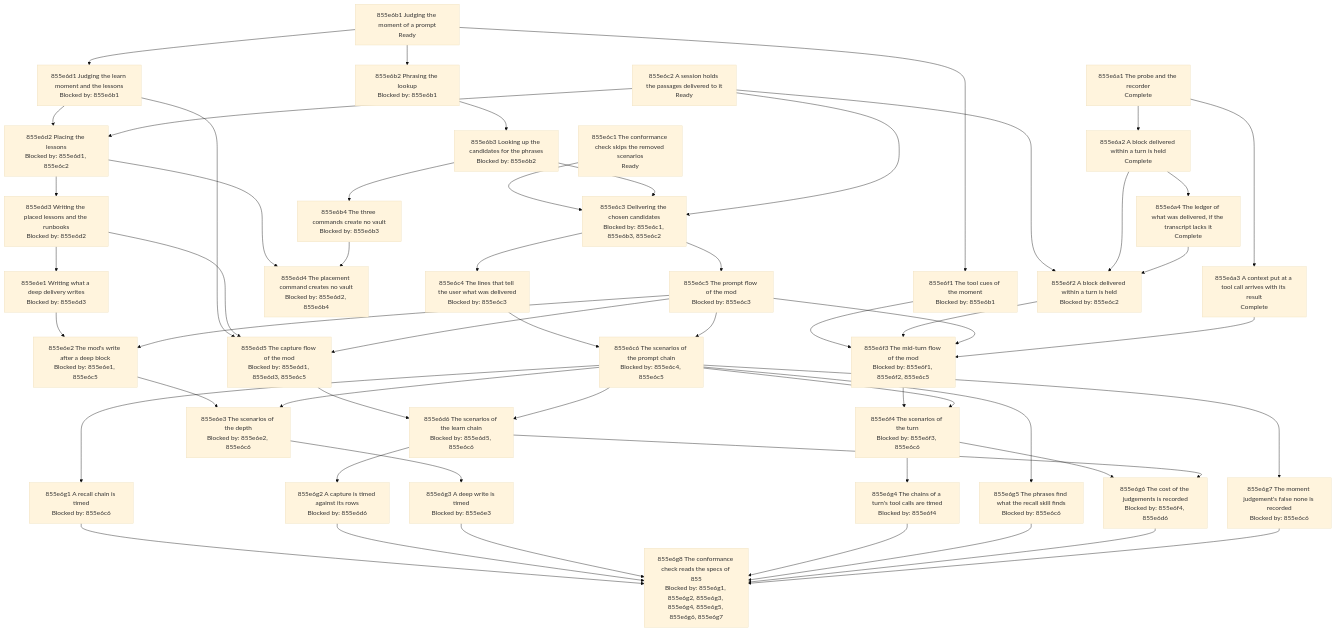
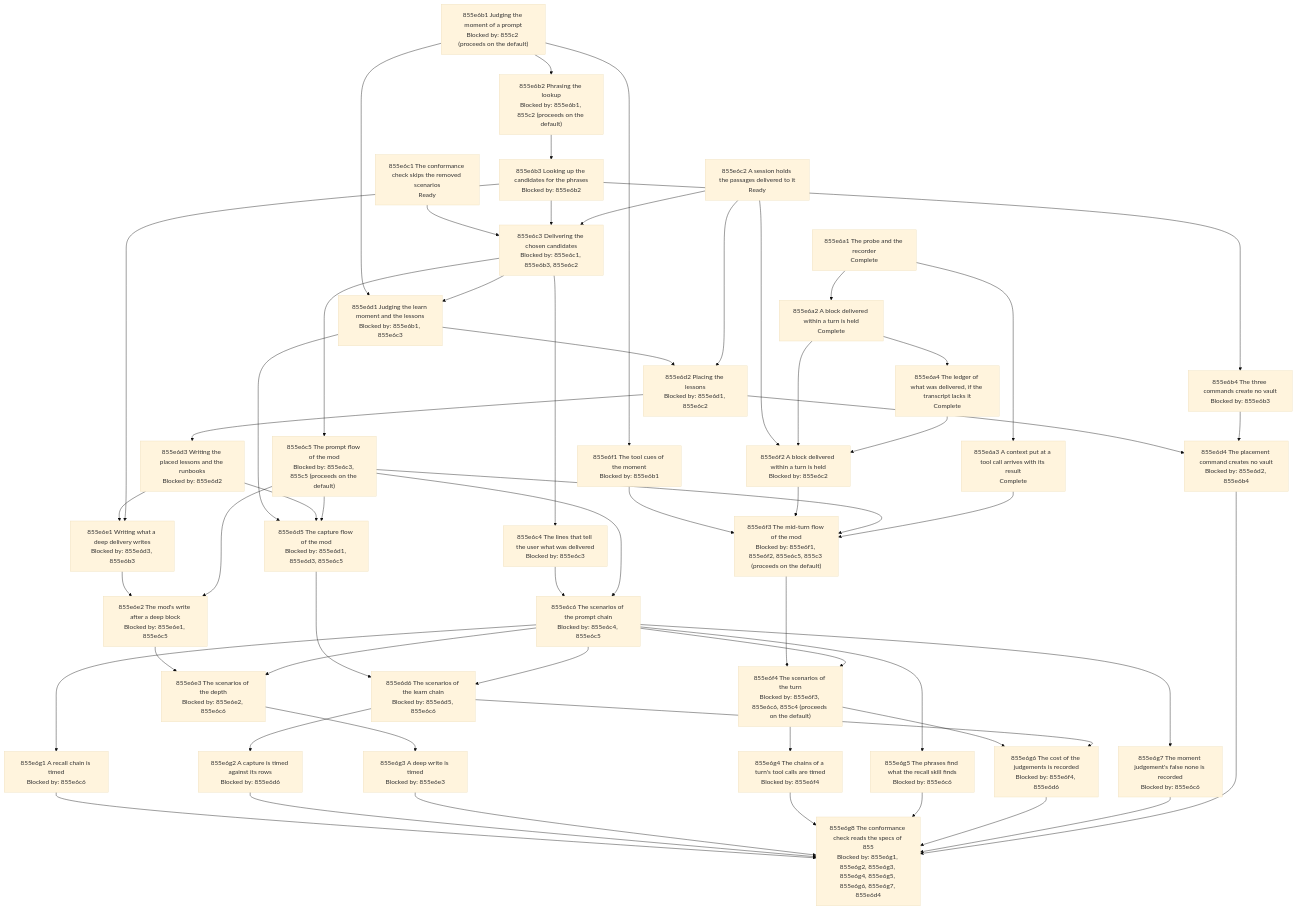
The diagram in docs/changes/855_judged-automatic-memory/855e_implementation-plan.md (toejough/engram), drawn with Mermaid (base theme) before and after one commit. The commit also changed other lines of this file, not shown here.

First line of the commit message:
docs(855e): the graph reaches the final check from every node, open questions with defaults mark their nodes, the measurement sentence is stated once, the gates admit Refuted and Not needed rows and name the conformance re-pointing, the process rules point to 855f2 and 855b49

````diff
--- a/docs/changes/855_judged-automatic-memory/855e_implementation-plan.md
+++ b/docs/changes/855_judged-automatic-memory/855e_implementation-plan.md
@@ -57,29 +57,29 @@
     n855e6a2["855e6a2 A block delivered within a turn is held<br/>Complete"]
     n855e6a3["855e6a3 A context put at a tool call arrives with its result<br/>Complete"]
     n855e6a4["855e6a4 The ledger of what was delivered, if the transcript lacks it<br/>Complete"]
-    n855e6b1["855e6b1 Judging the moment of a prompt<br/>Ready"]
-    n855e6b2["855e6b2 Phrasing the lookup<br/>Blocked by: 855e6b1"]
+    n855e6b1["855e6b1 Judging the moment of a prompt<br/>Blocked by: 855c2 (proceeds on the default)"]
+    n855e6b2["855e6b2 Phrasing the lookup<br/>Blocked by: 855e6b1, 855c2 (proceeds on the default)"]
     n855e6b3["855e6b3 Looking up the candidates for the phrases<br/>Blocked by: 855e6b2"]
     n855e6b4["855e6b4 The three commands create no vault<br/>Blocked by: 855e6b3"]
     n855e6c1["855e6c1 The conformance check skips the removed scenarios<br/>Ready"]
     n855e6c2["855e6c2 A session holds the passages delivered to it<br/>Ready"]
     n855e6c3["855e6c3 Delivering the chosen candidates<br/>Blocked by: 855e6c1, 855e6b3, 855e6c2"]
     n855e6c4["855e6c4 The lines that tell the user what was delivered<br/>Blocked by: 855e6c3"]
-    n855e6c5["855e6c5 The prompt flow of the mod<br/>Blocked by: 855e6c3"]
+    n855e6c5["855e6c5 The prompt flow of the mod<br/>Blocked by: 855e6c3, 855c5 (proceeds on the default)"]
     n855e6c6["855e6c6 The scenarios of the prompt chain<br/>Blocked by: 855e6c4, 855e6c5"]
-    n855e6d1["855e6d1 Judging the learn moment and the lessons<br/>Blocked by: 855e6b1"]
+    n855e6d1["855e6d1 Judging the learn moment and the lessons<br/>Blocked by: 855e6b1, 855e6c3"]
     n855e6d2["855e6d2 Placing the lessons<br/>Blocked by: 855e6d1, 855e6c2"]
     n855e6d3["855e6d3 Writing the placed lessons and the runbooks<br/>Blocked by: 855e6d2"]
     n855e6d4["855e6d4 The placement command creates no vault<br/>Blocked by: 855e6d2, 855e6b4"]
     n855e6d5["855e6d5 The capture flow of the mod<br/>Blocked by: 855e6d1, 855e6d3, 855e6c5"]
     n855e6d6["855e6d6 The scenarios of the learn chain<br/>Blocked by: 855e6d5, 855e6c6"]
-    n855e6e1["855e6e1 Writing what a deep delivery writes<br/>Blocked by: 855e6d3"]
+    n855e6e1["855e6e1 Writing what a deep delivery writes<br/>Blocked by: 855e6d3, 855e6b3"]
     n855e6e2["855e6e2 The mod's write after a deep block<br/>Blocked by: 855e6e1, 855e6c5"]
     n855e6e3["855e6e3 The scenarios of the depth<br/>Blocked by: 855e6e2, 855e6c6"]
     n855e6f1["855e6f1 The tool cues of the moment<br/>Blocked by: 855e6b1"]
     n855e6f2["855e6f2 A block delivered within a turn is held<br/>Blocked by: 855e6c2"]
-    n855e6f3["855e6f3 The mid-turn flow of the mod<br/>Blocked by: 855e6f1, 855e6f2, 855e6c5"]
-    n855e6f4["855e6f4 The scenarios of the turn<br/>Blocked by: 855e6f3, 855e6c6"]
+    n855e6f3["855e6f3 The mid-turn flow of the mod<br/>Blocked by: 855e6f1, 855e6f2, 855e6c5, 855c3 (proceeds on the default)"]
+    n855e6f4["855e6f4 The scenarios of the turn<br/>Blocked by: 855e6f3, 855e6c6, 855c4 (proceeds on the default)"]
     n855e6g1["855e6g1 A recall chain is timed<br/>Blocked by: 855e6c6"]
     n855e6g2["855e6g2 A capture is timed against its rows<br/>Blocked by: 855e6d6"]
     n855e6g3["855e6g3 A deep write is timed<br/>Blocked by: 855e6e3"]
@@ -87,7 +87,7 @@
     n855e6g5["855e6g5 The phrases find what the recall skill finds<br/>Blocked by: 855e6c6"]
     n855e6g6["855e6g6 The cost of the judgements is recorded<br/>Blocked by: 855e6f4, 855e6d6"]
     n855e6g7["855e6g7 The moment judgement's false none is recorded<br/>Blocked by: 855e6c6"]
-    n855e6g8["855e6g8 The conformance check reads the specs of 855<br/>Blocked by: 855e6g1, 855e6g2, 855e6g3, 855e6g4, 855e6g5, 855e6g6, 855e6g7"]
+    n855e6g8["855e6g8 The conformance check reads the specs of 855<br/>Blocked by: 855e6g1, 855e6g2, 855e6g3, 855e6g4, 855e6g5, 855e6g6, 855e6g7, 855e6d4"]
     n855e6a1 --> n855e6a2
     n855e6a1 --> n855e6a3
     n855e6a2 --> n855e6a4
@@ -102,6 +102,7 @@
     n855e6c4 --> n855e6c6
     n855e6c5 --> n855e6c6
     n855e6b1 --> n855e6d1
+    n855e6c3 --> n855e6d1
     n855e6d1 --> n855e6d2
     n855e6c2 --> n855e6d2
     n855e6d2 --> n855e6d3
@@ -113,6 +114,7 @@
     n855e6d5 --> n855e6d6
     n855e6c6 --> n855e6d6
     n855e6d3 --> n855e6e1
+    n855e6b3 --> n855e6e1
     n855e6e1 --> n855e6e2
     n855e6c5 --> n855e6e2
     n855e6e2 --> n855e6e3
@@ -142,4 +144,5 @@
     n855e6g5 --> n855e6g8
     n855e6g6 --> n855e6g8
     n855e6g7 --> n855e6g8
+    n855e6d4 --> n855e6g8
 ```
````
